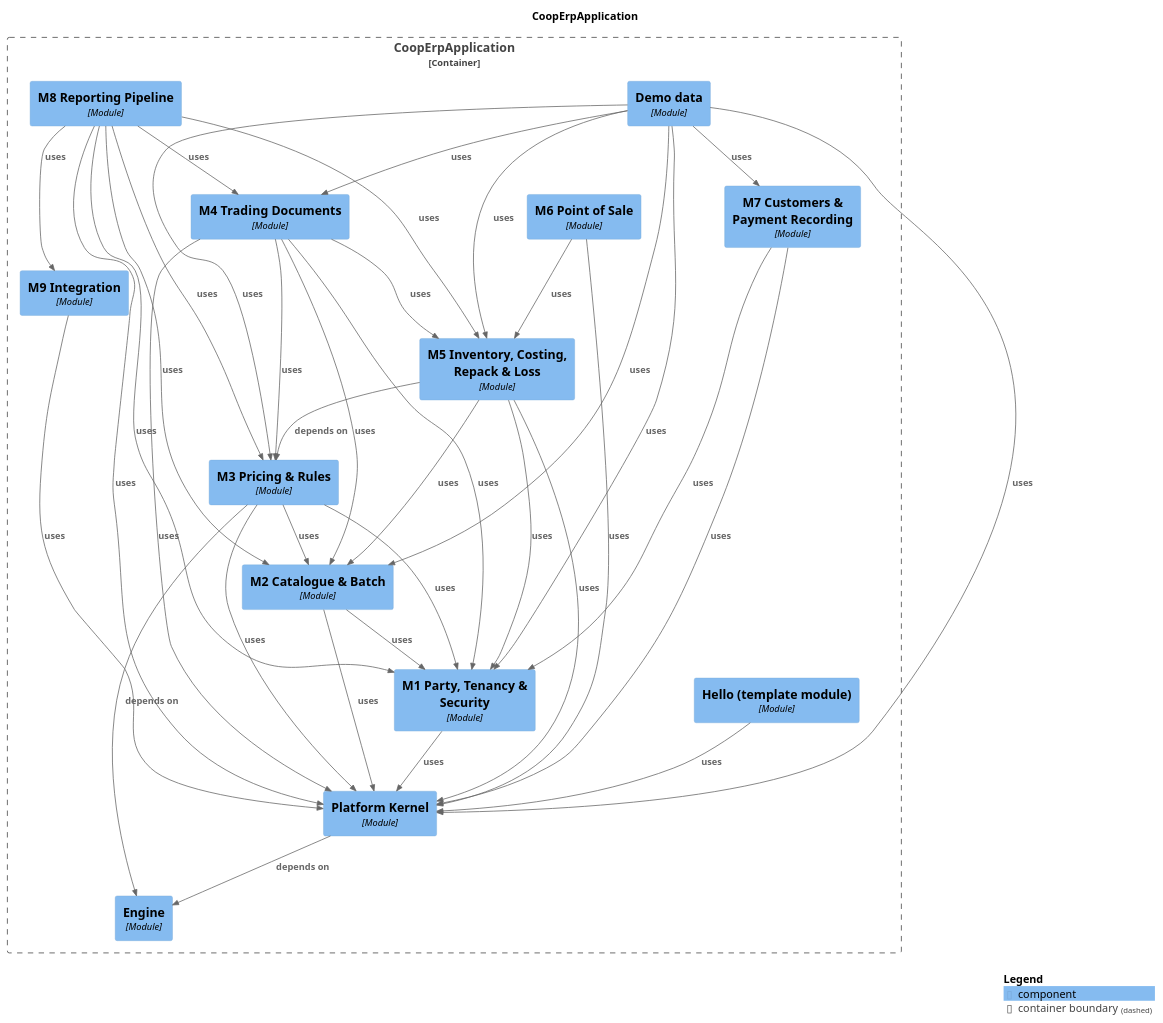
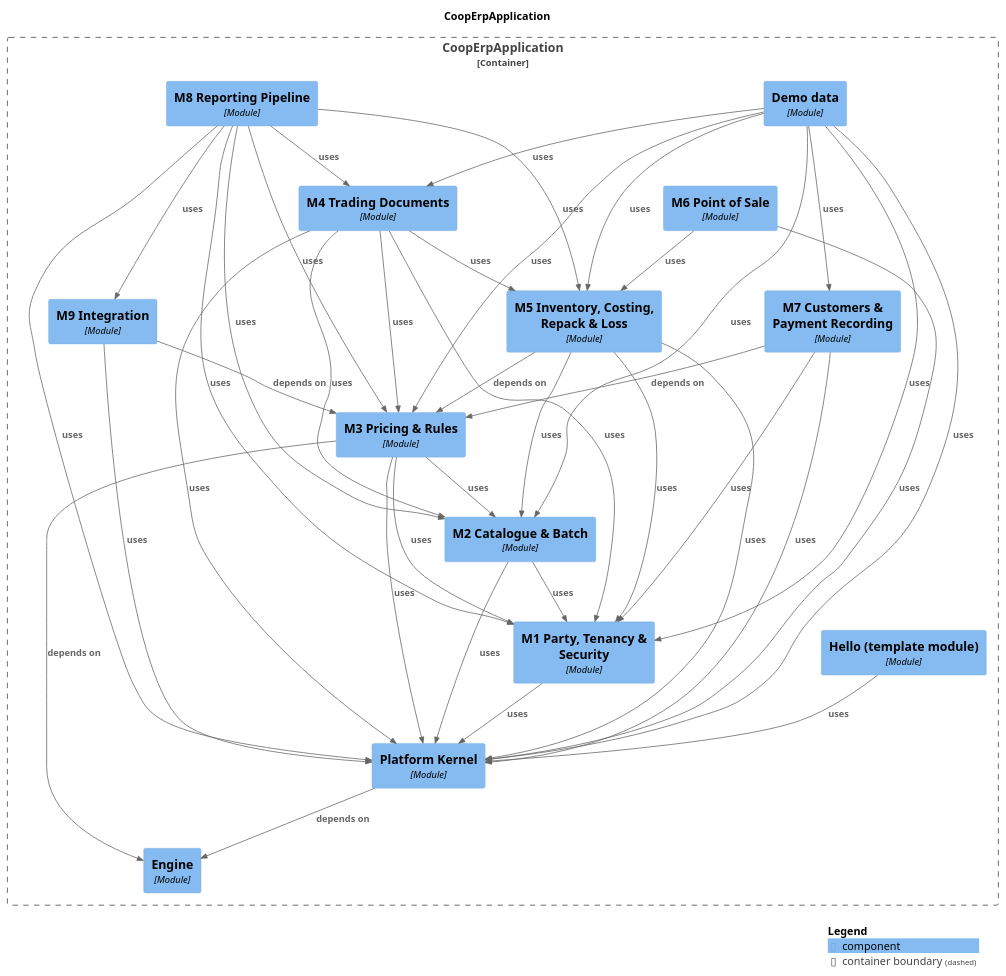
Before and after one commit to Knoweb/COOP_ERP: the diagram in docs/modules/components.puml, drawn with PlantUML. The commit also changed 48 other files, not shown here.

```diff
--- a/docs/modules/components.puml
+++ b/docs/modules/components.puml
@@ -1,66 +1,68 @@
 @startuml
 set separator none
 title CoopErpApplication
 
 top to bottom direction
 
 !include <C4/C4>
 !include <C4/C4_Context>
 !include <C4/C4_Component>
 
 Container_Boundary("CoopErpApplication.CoopErpApplication_boundary", "CoopErpApplication", $tags="") {
+  Component(CoopErpApplication.CoopErpApplication.M5InventoryCostingRepackLoss, "M5 Inventory, Costing, Repack & Loss", $techn="Module", $descr="", $tags="", $link="")
   Component(CoopErpApplication.CoopErpApplication.M7CustomersPaymentRecording, "M7 Customers & Payment Recording", $techn="Module", $descr="", $tags="", $link="")
-  Component(CoopErpApplication.CoopErpApplication.M3PricingRules, "M3 Pricing & Rules", $techn="Module", $descr="", $tags="", $link="")
-  Component(CoopErpApplication.CoopErpApplication.M5InventoryCostingRepackLoss, "M5 Inventory, Costing, Repack & Loss", $techn="Module", $descr="", $tags="", $link="")
+  Component(CoopErpApplication.CoopErpApplication.M9Integration, "M9 Integration", $techn="Module", $descr="", $tags="", $link="")
   Component(CoopErpApplication.CoopErpApplication.M4TradingDocuments, "M4 Trading Documents", $techn="Module", $descr="", $tags="", $link="")
   Component(CoopErpApplication.CoopErpApplication.M6PointofSale, "M6 Point of Sale", $techn="Module", $descr="", $tags="", $link="")
   Component(CoopErpApplication.CoopErpApplication.Demodata, "Demo data", $techn="Module", $descr="", $tags="", $link="")
   Component(CoopErpApplication.CoopErpApplication.M8ReportingPipeline, "M8 Reporting Pipeline", $techn="Module", $descr="", $tags="", $link="")
   Component(CoopErpApplication.CoopErpApplication.Engine, "Engine", $techn="Module", $descr="", $tags="", $link="")
   Component(CoopErpApplication.CoopErpApplication.PlatformKernel, "Platform Kernel", $techn="Module", $descr="", $tags="", $link="")
   Component(CoopErpApplication.CoopErpApplication.Hellotemplatemodule, "Hello (template module)", $techn="Module", $descr="", $tags="", $link="")
   Component(CoopErpApplication.CoopErpApplication.M1PartyTenancySecurity, "M1 Party, Tenancy & Security", $techn="Module", $descr="", $tags="", $link="")
-  Component(CoopErpApplication.CoopErpApplication.M9Integration, "M9 Integration", $techn="Module", $descr="", $tags="", $link="")
   Component(CoopErpApplication.CoopErpApplication.M2CatalogueBatch, "M2 Catalogue & Batch", $techn="Module", $descr="", $tags="", $link="")
+  Component(CoopErpApplication.CoopErpApplication.M3PricingRules, "M3 Pricing & Rules", $techn="Module", $descr="", $tags="", $link="")
 }
 
 Rel(CoopErpApplication.CoopErpApplication.Demodata, CoopErpApplication.CoopErpApplication.M1PartyTenancySecurity, "uses", $techn="", $tags="", $link="")
 Rel(CoopErpApplication.CoopErpApplication.Demodata, CoopErpApplication.CoopErpApplication.M2CatalogueBatch, "uses", $techn="", $tags="", $link="")
 Rel(CoopErpApplication.CoopErpApplication.Demodata, CoopErpApplication.CoopErpApplication.M3PricingRules, "uses", $techn="", $tags="", $link="")
 Rel(CoopErpApplication.CoopErpApplication.Demodata, CoopErpApplication.CoopErpApplication.M4TradingDocuments, "uses", $techn="", $tags="", $link="")
 Rel(CoopErpApplication.CoopErpApplication.Demodata, CoopErpApplication.CoopErpApplication.M5InventoryCostingRepackLoss, "uses", $techn="", $tags="", $link="")
 Rel(CoopErpApplication.CoopErpApplication.Demodata, CoopErpApplication.CoopErpApplication.M7CustomersPaymentRecording, "uses", $techn="", $tags="", $link="")
 Rel(CoopErpApplication.CoopErpApplication.Demodata, CoopErpApplication.CoopErpApplication.PlatformKernel, "uses", $techn="", $tags="", $link="")
 Rel(CoopErpApplication.CoopErpApplication.Hellotemplatemodule, CoopErpApplication.CoopErpApplication.PlatformKernel, "uses", $techn="", $tags="", $link="")
 Rel(CoopErpApplication.CoopErpApplication.M1PartyTenancySecurity, CoopErpApplication.CoopErpApplication.PlatformKernel, "uses", $techn="", $tags="", $link="")
 Rel(CoopErpApplication.CoopErpApplication.M2CatalogueBatch, CoopErpApplication.CoopErpApplication.M1PartyTenancySecurity, "uses", $techn="", $tags="", $link="")
 Rel(CoopErpApplication.CoopErpApplication.M2CatalogueBatch, CoopErpApplication.CoopErpApplication.PlatformKernel, "uses", $techn="", $tags="", $link="")
 Rel(CoopErpApplication.CoopErpApplication.M3PricingRules, CoopErpApplication.CoopErpApplication.Engine, "depends on", $techn="", $tags="", $link="")
 Rel(CoopErpApplication.CoopErpApplication.M3PricingRules, CoopErpApplication.CoopErpApplication.M1PartyTenancySecurity, "uses", $techn="", $tags="", $link="")
 Rel(CoopErpApplication.CoopErpApplication.M3PricingRules, CoopErpApplication.CoopErpApplication.M2CatalogueBatch, "uses", $techn="", $tags="", $link="")
 Rel(CoopErpApplication.CoopErpApplication.M3PricingRules, CoopErpApplication.CoopErpApplication.PlatformKernel, "uses", $techn="", $tags="", $link="")
 Rel(CoopErpApplication.CoopErpApplication.M4TradingDocuments, CoopErpApplication.CoopErpApplication.M1PartyTenancySecurity, "uses", $techn="", $tags="", $link="")
 Rel(CoopErpApplication.CoopErpApplication.M4TradingDocuments, CoopErpApplication.CoopErpApplication.M2CatalogueBatch, "uses", $techn="", $tags="", $link="")
 Rel(CoopErpApplication.CoopErpApplication.M4TradingDocuments, CoopErpApplication.CoopErpApplication.M3PricingRules, "uses", $techn="", $tags="", $link="")
 Rel(CoopErpApplication.CoopErpApplication.M4TradingDocuments, CoopErpApplication.CoopErpApplication.M5InventoryCostingRepackLoss, "uses", $techn="", $tags="", $link="")
 Rel(CoopErpApplication.CoopErpApplication.M4TradingDocuments, CoopErpApplication.CoopErpApplication.PlatformKernel, "uses", $techn="", $tags="", $link="")
 Rel(CoopErpApplication.CoopErpApplication.M5InventoryCostingRepackLoss, CoopErpApplication.CoopErpApplication.M1PartyTenancySecurity, "uses", $techn="", $tags="", $link="")
 Rel(CoopErpApplication.CoopErpApplication.M5InventoryCostingRepackLoss, CoopErpApplication.CoopErpApplication.M2CatalogueBatch, "uses", $techn="", $tags="", $link="")
 Rel(CoopErpApplication.CoopErpApplication.M5InventoryCostingRepackLoss, CoopErpApplication.CoopErpApplication.M3PricingRules, "depends on", $techn="", $tags="", $link="")
 Rel(CoopErpApplication.CoopErpApplication.M5InventoryCostingRepackLoss, CoopErpApplication.CoopErpApplication.PlatformKernel, "uses", $techn="", $tags="", $link="")
 Rel(CoopErpApplication.CoopErpApplication.M6PointofSale, CoopErpApplication.CoopErpApplication.M5InventoryCostingRepackLoss, "uses", $techn="", $tags="", $link="")
 Rel(CoopErpApplication.CoopErpApplication.M6PointofSale, CoopErpApplication.CoopErpApplication.PlatformKernel, "uses", $techn="", $tags="", $link="")
 Rel(CoopErpApplication.CoopErpApplication.M7CustomersPaymentRecording, CoopErpApplication.CoopErpApplication.M1PartyTenancySecurity, "uses", $techn="", $tags="", $link="")
+Rel(CoopErpApplication.CoopErpApplication.M7CustomersPaymentRecording, CoopErpApplication.CoopErpApplication.M3PricingRules, "depends on", $techn="", $tags="", $link="")
 Rel(CoopErpApplication.CoopErpApplication.M7CustomersPaymentRecording, CoopErpApplication.CoopErpApplication.PlatformKernel, "uses", $techn="", $tags="", $link="")
 Rel(CoopErpApplication.CoopErpApplication.M8ReportingPipeline, CoopErpApplication.CoopErpApplication.M1PartyTenancySecurity, "uses", $techn="", $tags="", $link="")
 Rel(CoopErpApplication.CoopErpApplication.M8ReportingPipeline, CoopErpApplication.CoopErpApplication.M2CatalogueBatch, "uses", $techn="", $tags="", $link="")
 Rel(CoopErpApplication.CoopErpApplication.M8ReportingPipeline, CoopErpApplication.CoopErpApplication.M3PricingRules, "uses", $techn="", $tags="", $link="")
 Rel(CoopErpApplication.CoopErpApplication.M8ReportingPipeline, CoopErpApplication.CoopErpApplication.M4TradingDocuments, "uses", $techn="", $tags="", $link="")
 Rel(CoopErpApplication.CoopErpApplication.M8ReportingPipeline, CoopErpApplication.CoopErpApplication.M5InventoryCostingRepackLoss, "uses", $techn="", $tags="", $link="")
 Rel(CoopErpApplication.CoopErpApplication.M8ReportingPipeline, CoopErpApplication.CoopErpApplication.M9Integration, "uses", $techn="", $tags="", $link="")
 Rel(CoopErpApplication.CoopErpApplication.M8ReportingPipeline, CoopErpApplication.CoopErpApplication.PlatformKernel, "uses", $techn="", $tags="", $link="")
+Rel(CoopErpApplication.CoopErpApplication.M9Integration, CoopErpApplication.CoopErpApplication.M3PricingRules, "depends on", $techn="", $tags="", $link="")
 Rel(CoopErpApplication.CoopErpApplication.M9Integration, CoopErpApplication.CoopErpApplication.PlatformKernel, "uses", $techn="", $tags="", $link="")
 Rel(CoopErpApplication.CoopErpApplication.PlatformKernel, CoopErpApplication.CoopErpApplication.Engine, "depends on", $techn="", $tags="", $link="")
 
 SHOW_LEGEND(true)
 @enduml
```
